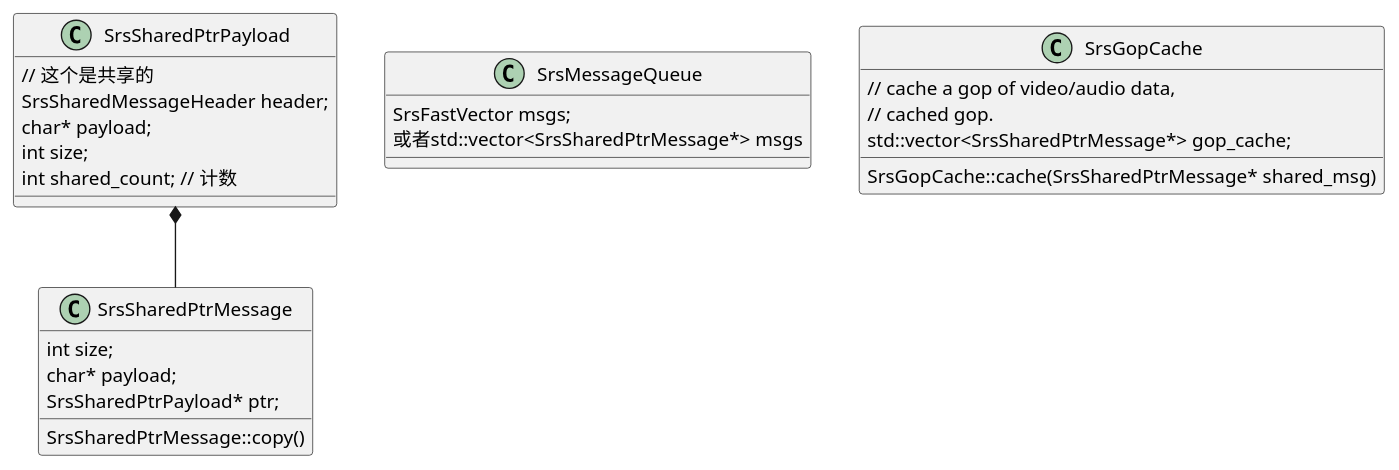
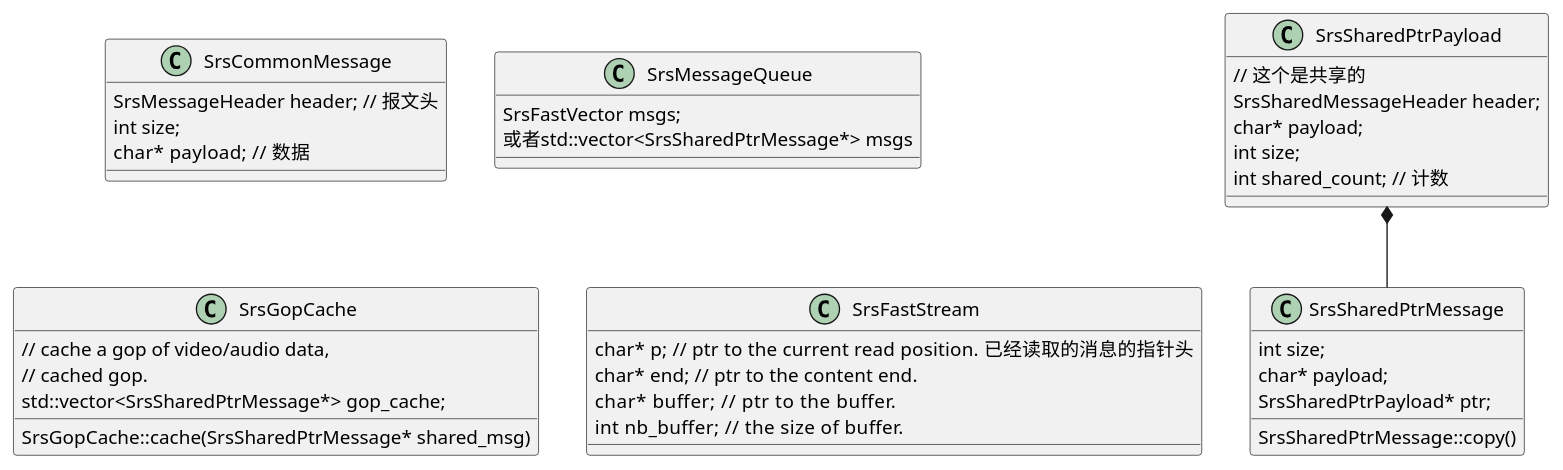
One commit to hz-fengpeng/doc changed the eighth of 8 diagrams in srs/srs_struct.md. Above: the diagram before and after it, drawn with PlantUML. The commit also changed other lines of this file and 1 other file, not shown here.

````diff
--- a/srs/srs_struct.md
+++ b/srs/srs_struct.md
@@ -443,40 +536,55 @@
 ```plantuml
 
 SrsSharedPtrPayload *-- SrsSharedPtrMessage
+
+class SrsCommonMessage
+{
+    SrsMessageHeader header; // 报文头
+    int size;
+    char* payload;  // 数据
+}
 
 class SrsSharedPtrPayload
 {
     // 这个是共享的
     SrsSharedMessageHeader header;
     char* payload;
     int size;
     int shared_count; // 计数
 }
 
 class SrsSharedPtrMessage
 {
     int size;
     char* payload;
     SrsSharedPtrPayload* ptr;
 
     SrsSharedPtrMessage::copy()
 }
 
 class SrsMessageQueue
 {
     SrsFastVector msgs;
     或者std::vector<SrsSharedPtrMessage*> msgs
 
 }
 
 class SrsGopCache
 {
     // cache a gop of video/audio data,
     // cached gop.
     std::vector<SrsSharedPtrMessage*> gop_cache;
 
     SrsGopCache::cache(SrsSharedPtrMessage* shared_msg)
 }
 
+class SrsFastStream
+{
+    char* p;   // ptr to the current read position. 已经读取的消息的指针头
+    char* end;  // ptr to the content end.
+    char* buffer;    // ptr to the buffer.
+    int nb_buffer;   // the size of buffer.
+}
+
 
 ```
````
